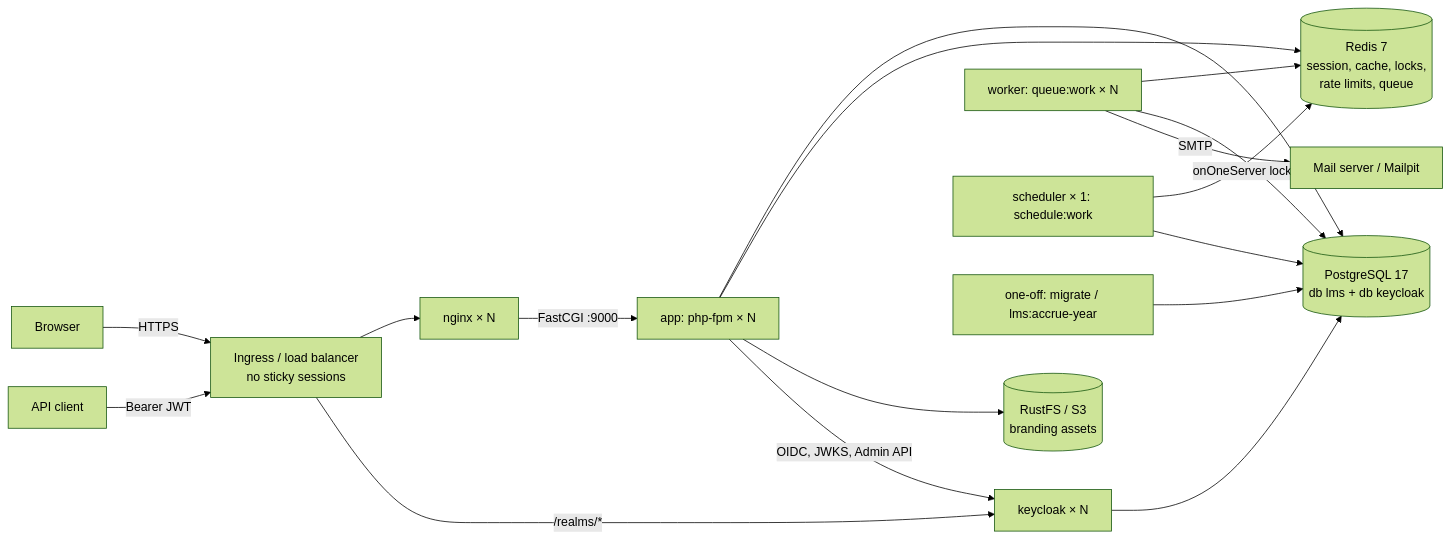
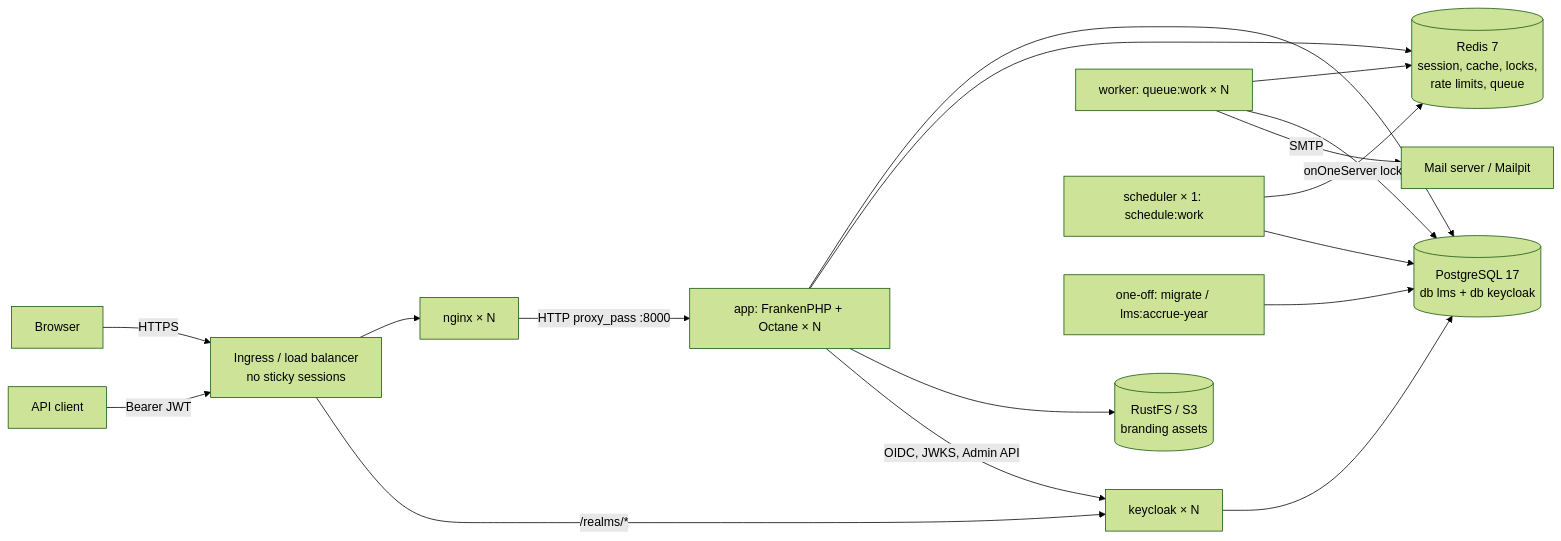
The first of 3 diagrams in docs/SYSTEM_DESIGN.md (heyadityak/lms), drawn with Mermaid (forest theme) before and after one commit. The commit also changed other lines of this file and 46 other files, not shown here.

First line of the commit message:
docs: finalize design, API contract, diagrams; add wiki sync

````diff
--- a/docs/SYSTEM_DESIGN.md
+++ b/docs/SYSTEM_DESIGN.md
@@ -25,19 +25,19 @@
 ```mermaid
 flowchart LR
     B[Browser] -->|HTTPS| LB[Ingress / load balancer<br/>no sticky sessions]
     C[API client] -->|Bearer JWT| LB
     LB --> N[nginx × N]
     LB -->|/realms/*| KC[keycloak × N]
-    N -->|FastCGI :9000| A[app: php-fpm × N]
+    N -->|HTTP proxy_pass :8000| A[app: FrankenPHP + Octane × N]
     A --> PG[(PostgreSQL 17<br/>db lms + db keycloak)]
     A --> RD[(Redis 7<br/>session, cache, locks,<br/>rate limits, queue)]
     A --> FS[(RustFS / S3<br/>branding assets)]
     A -->|OIDC, JWKS, Admin API| KC
     KC --> PG
     W[worker: queue:work × N] --> RD
     W --> PG
     W -->|SMTP| M[Mail server / Mailpit]
     S[scheduler × 1: schedule:work] -->|onOneServer lock| RD
     S --> PG
     J[one-off: migrate / lms:accrue-year] --> PG
 ```
````
